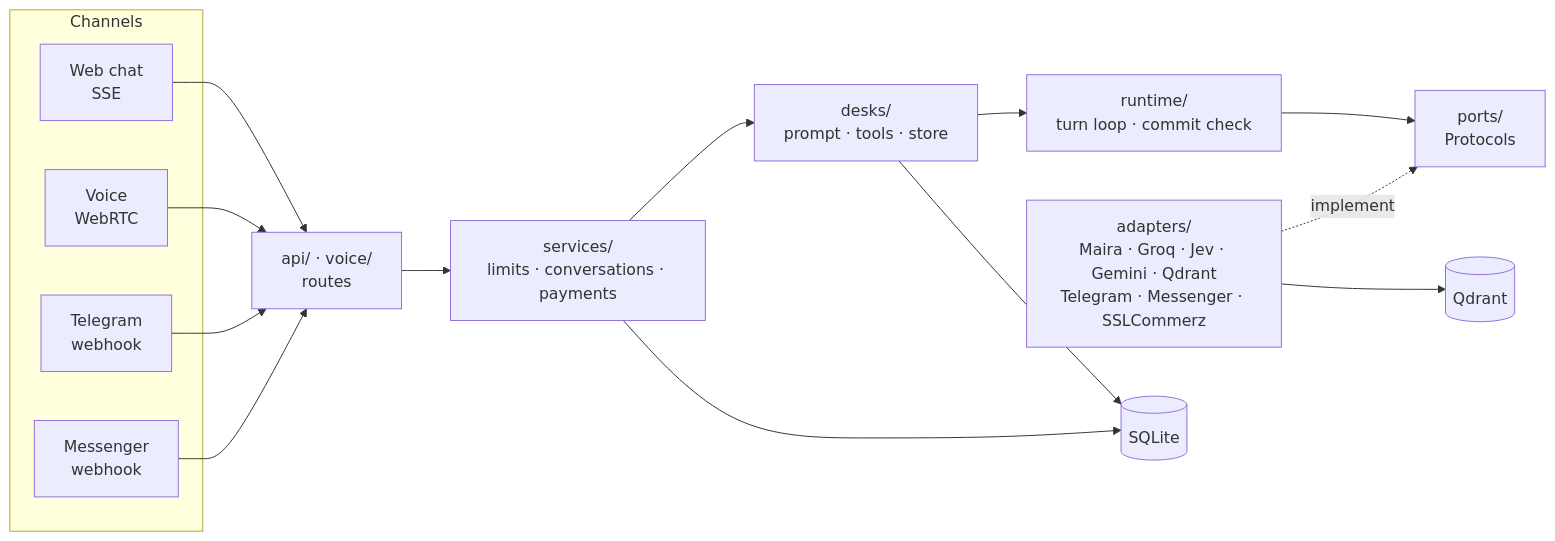
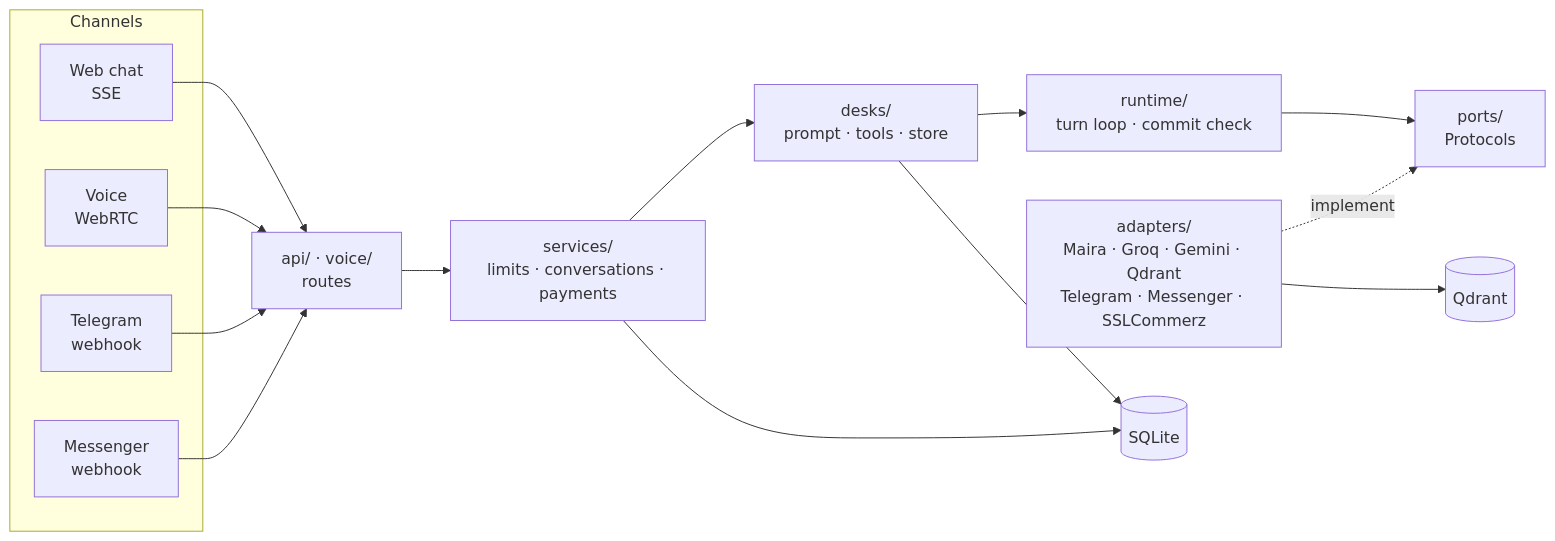
Before and after one commit to kayesFerdous/heydesk: the diagram in README.md, drawn with Mermaid. The commit also changed other lines of this file and 42 other files, not shown here.

````diff
--- a/README.md
+++ b/README.md
@@ -23,17 +23,17 @@
 ```mermaid
 flowchart LR
     subgraph Channels
         W[Web chat<br/>SSE]
         V[Voice<br/>WebRTC]
         T[Telegram<br/>webhook]
         M[Messenger<br/>webhook]
     end
     W & V & T & M --> API[api/ · voice/<br/>routes]
     API --> S[services/<br/>limits · conversations · payments]
     S --> D[desks/<br/>prompt · tools · store]
     D --> R[runtime/<br/>turn loop · commit check]
     R --> P[ports/<br/>Protocols]
-    A[adapters/<br/>Maira · Groq · Jev · Gemini · Qdrant<br/>Telegram · Messenger · SSLCommerz] -. implement .-> P
+    A[adapters/<br/>Maira · Groq · Gemini · Qdrant<br/>Telegram · Messenger · SSLCommerz] -. implement .-> P
     S & D --> DB[(SQLite)]
     A --> Q[(Qdrant)]
 ```
````
